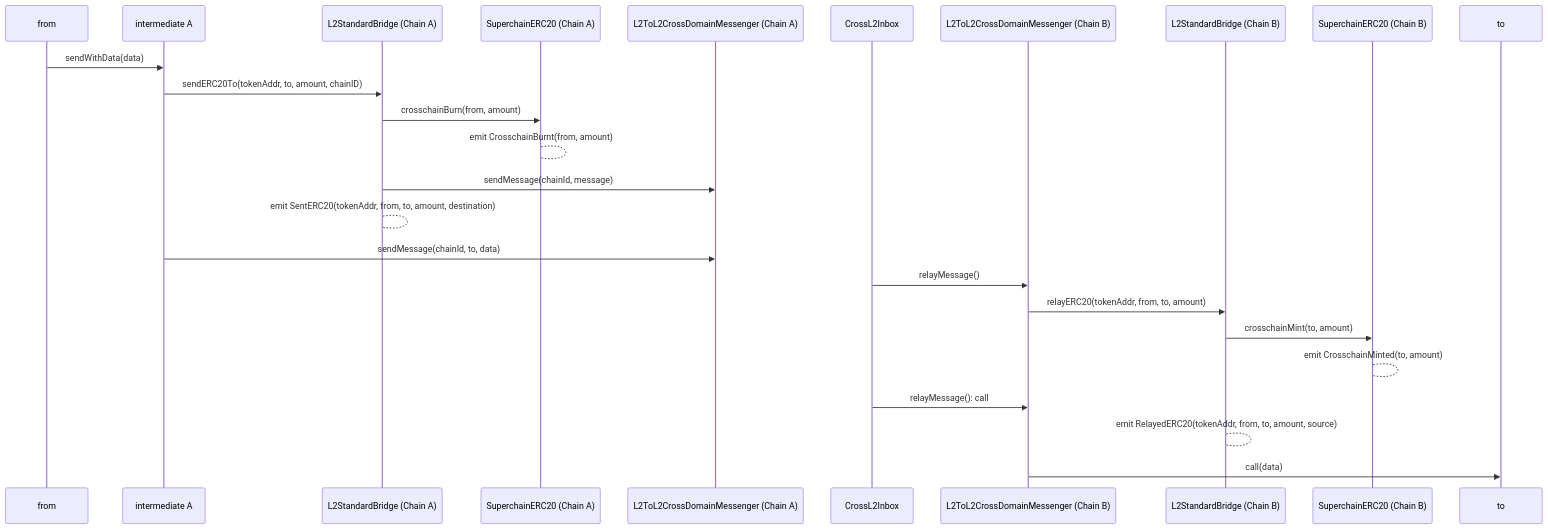
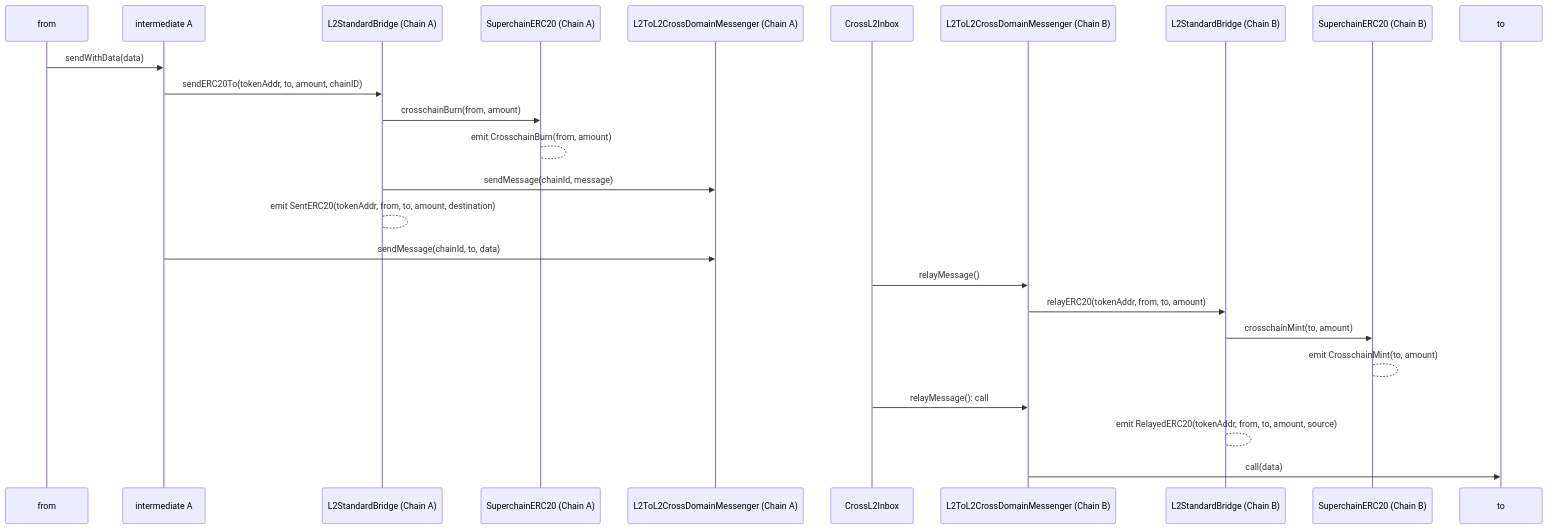
One commit to ethereum-optimism/specs changed the third of 3 diagrams in specs/interop/token-bridging.md. Above: the diagram before and after it, drawn with Mermaid. The commit also changed other lines of this file and 1 other file, not shown here.

Commit message:
feat: changed event tense to present for ICrosschainERC20

````diff
--- a/specs/interop/token-bridging.md
+++ b/specs/interop/token-bridging.md
@@ -218,27 +218,27 @@
 ```mermaid
 sequenceDiagram
   participant from
   participant Intermediate_A as intermediate A
   participant L2SBA as L2StandardBridge (Chain A)
   participant SuperERC20_A as SuperchainERC20 (Chain A)
   participant Messenger_A as L2ToL2CrossDomainMessenger (Chain A)
   participant Inbox as CrossL2Inbox
   participant Messenger_B as L2ToL2CrossDomainMessenger (Chain B)
   participant L2SBB as L2StandardBridge (Chain B)
   participant SuperERC20_B as SuperchainERC20 (Chain B)
 
   from->>Intermediate_A: sendWithData(data)
   Intermediate_A->>L2SBA: sendERC20To(tokenAddr, to, amount, chainID)
   L2SBA->>SuperERC20_A: crosschainBurn(from, amount)
-  SuperERC20_A-->SuperERC20_A: emit CrosschainBurnt(from, amount)
+  SuperERC20_A-->SuperERC20_A: emit CrosschainBurn(from, amount)
   L2SBA->>Messenger_A: sendMessage(chainId, message)
   L2SBA-->L2SBA: emit SentERC20(tokenAddr, from, to, amount, destination)
   Intermediate_A->>Messenger_A: sendMessage(chainId, to, data)
   Inbox->>Messenger_B: relayMessage()
   Messenger_B->>L2SBB: relayERC20(tokenAddr, from, to, amount)
   L2SBB->>SuperERC20_B: crosschainMint(to, amount)
-  SuperERC20_B-->SuperERC20_B: emit CrosschainMinted(to, amount)
+  SuperERC20_B-->SuperERC20_B: emit CrosschainMint(to, amount)
   Inbox->>Messenger_B: relayMessage(): call
   L2SBB-->L2SBB: emit RelayedERC20(tokenAddr, from, to, amount, source)
   Messenger_B->>to: call(data)
 ```
````
